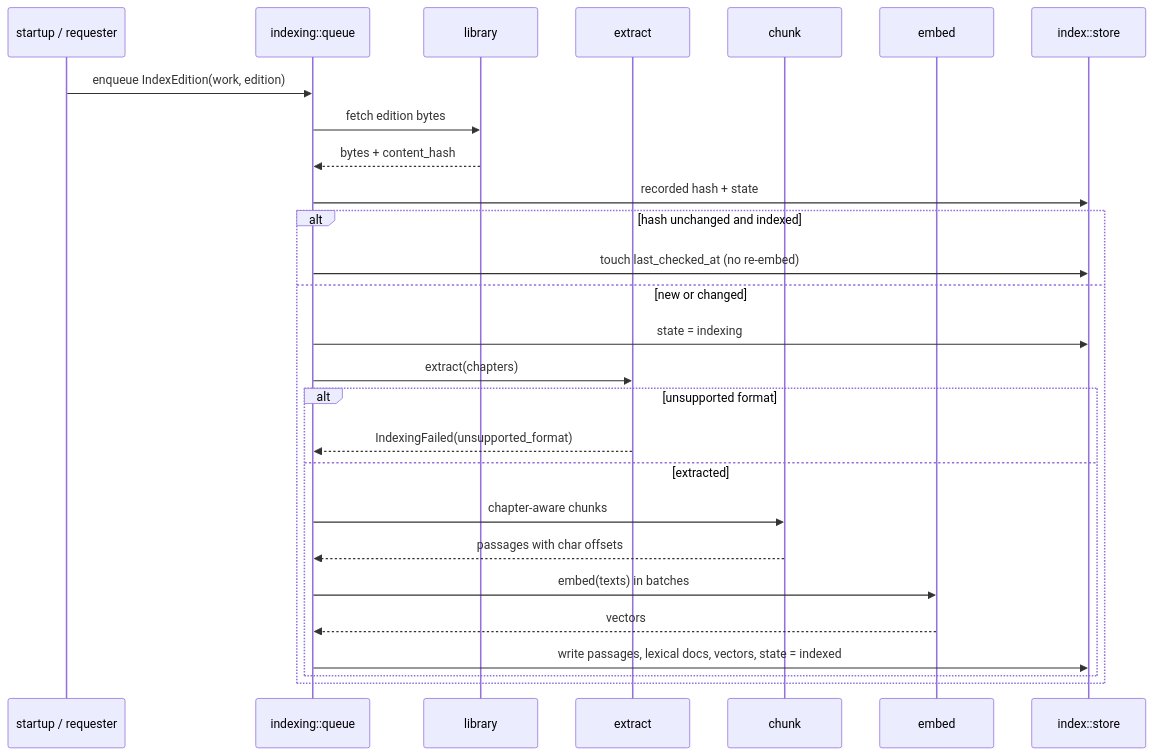
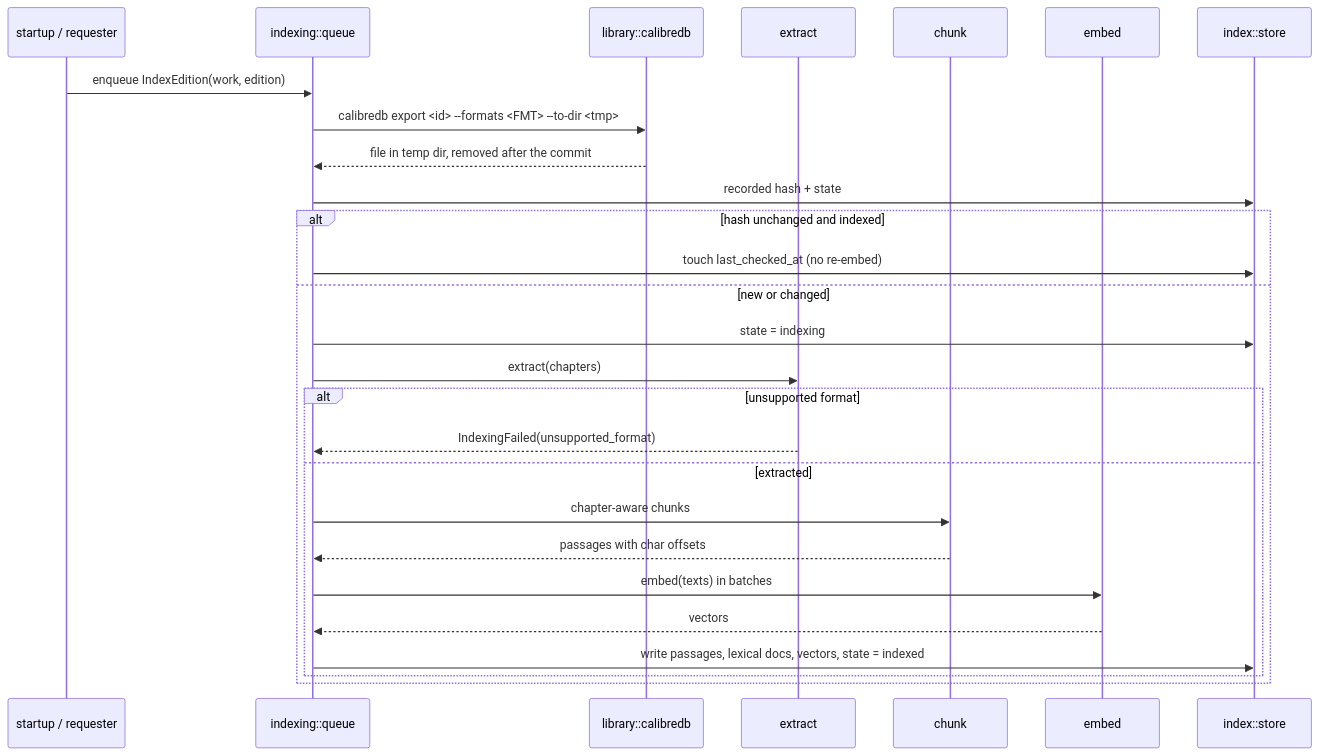
Before and after one commit to kressnerd/lesefrucht: the fourth of 4 diagrams in givn/changes/passage-retrieval/design.md, drawn with Mermaid. The commit also changed other lines of this file and 23 other files, not shown here.

````diff
--- a/givn/changes/passage-retrieval/design.md
+++ b/givn/changes/passage-retrieval/design.md
@@ -227,29 +242,29 @@
 ```mermaid
 sequenceDiagram
   participant Boot as startup / requester
   participant Q as indexing::queue
-  participant Li as library
+  participant Li as library::calibredb
   participant X as extract
   participant Ch as chunk
   participant Em as embed
   participant St as index::store
   Boot->>Q: enqueue IndexEdition(work, edition)
-  Q->>Li: fetch edition bytes
-  Li-->>Q: bytes + content_hash
+  Q->>Li: calibredb export <id> --formats <FMT> --to-dir <tmp>
+  Li-->>Q: file in temp dir, removed after the commit
   Q->>St: recorded hash + state
   alt hash unchanged and indexed
     Q->>St: touch last_checked_at (no re-embed)
   else new or changed
     Q->>St: state = indexing
     Q->>X: extract(chapters)
     alt unsupported format
       X-->>Q: IndexingFailed(unsupported_format)
     else extracted
       Q->>Ch: chapter-aware chunks
       Ch-->>Q: passages with char offsets
       Q->>Em: embed(texts) in batches
       Em-->>Q: vectors
       Q->>St: write passages, lexical docs, vectors, state = indexed
     end
   end
 ```
````
